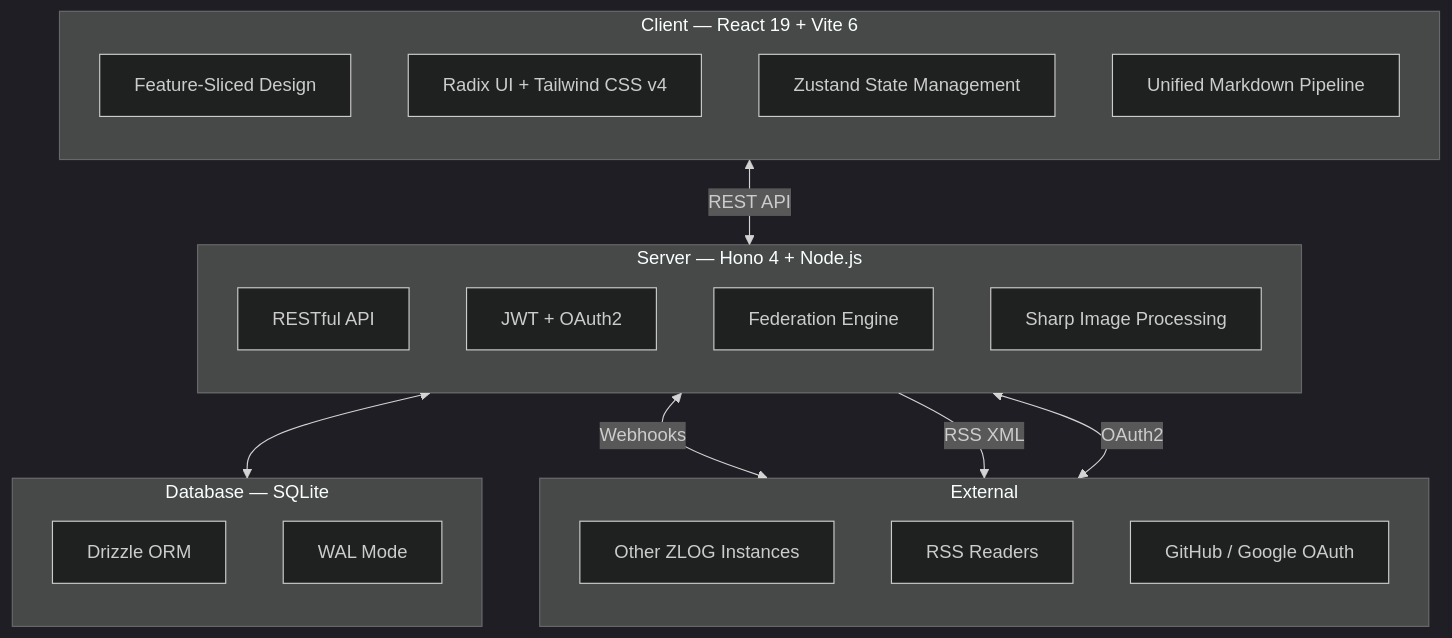
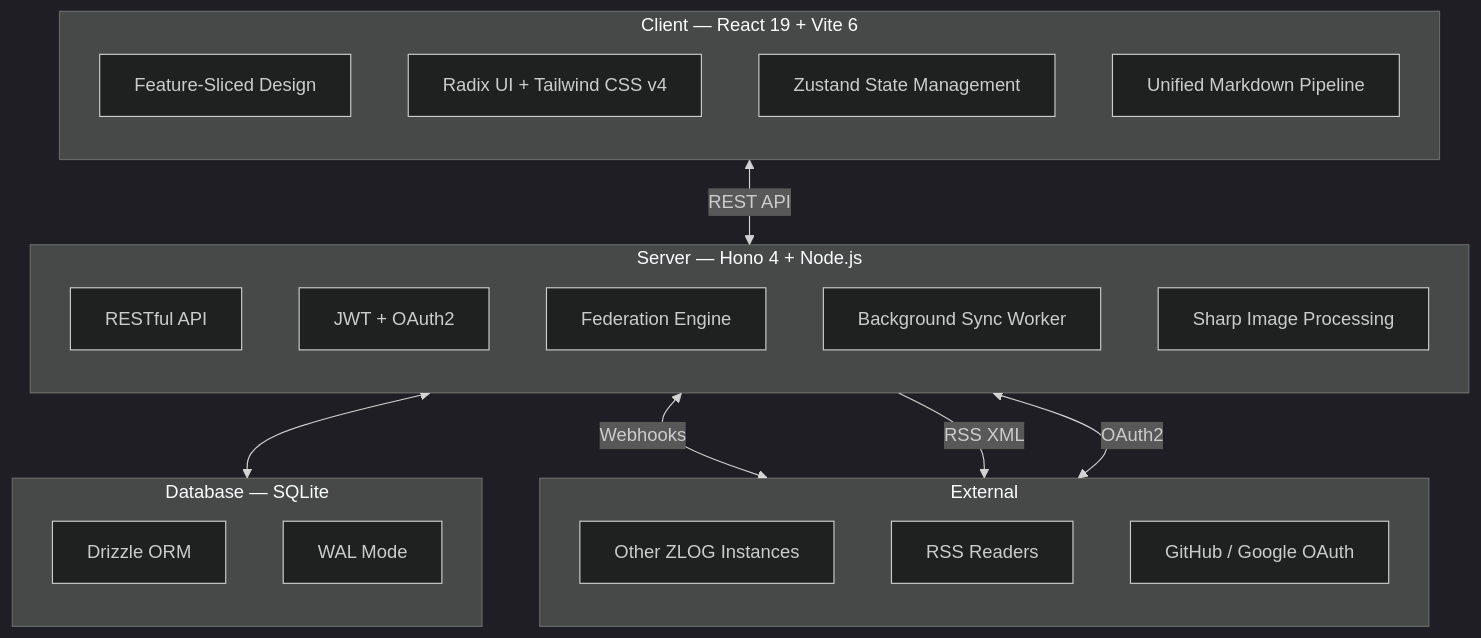
The fourth of 4 diagrams in .github/instructions/dev.instructions.md (zebra0303/zlog), drawn with Mermaid (dark theme) before and after one commit. The commit also changed other lines of this file and 3 other files, not shown here.

First line of the commit message:
docs: update documentation for background sync, server-proxied federation, and new endpoints

````diff
--- a/.github/instructions/dev.instructions.md
+++ b/.github/instructions/dev.instructions.md
@@ -265,37 +270,38 @@
 ```mermaid
 flowchart TB
     subgraph client [Client — React 19 + Vite 6]
         direction TB
         FSD[Feature-Sliced Design]
         UI[Radix UI + Tailwind CSS v4]
         State[Zustand State Management]
         MD[Unified Markdown Pipeline]
     end
 
     subgraph server [Server — Hono 4 + Node.js]
         direction TB
         API[RESTful API]
         Auth[JWT + OAuth2]
         Fed[Federation Engine]
+        Sync[Background Sync Worker]
         Img[Sharp Image Processing]
     end
 
     subgraph db [Database — SQLite]
         direction TB
         Drizzle[Drizzle ORM]
         WAL[WAL Mode]
     end
 
     subgraph external [External]
         direction TB
         OtherZlog[Other ZLOG Instances]
         RSSReaders[RSS Readers]
         OAuth[GitHub / Google OAuth]
     end
 
     client <-->|REST API| server
     server <--> db
     server <-->|Webhooks| OtherZlog
     server -->|RSS XML| RSSReaders
     server <-->|OAuth2| OAuth
 ```
````
